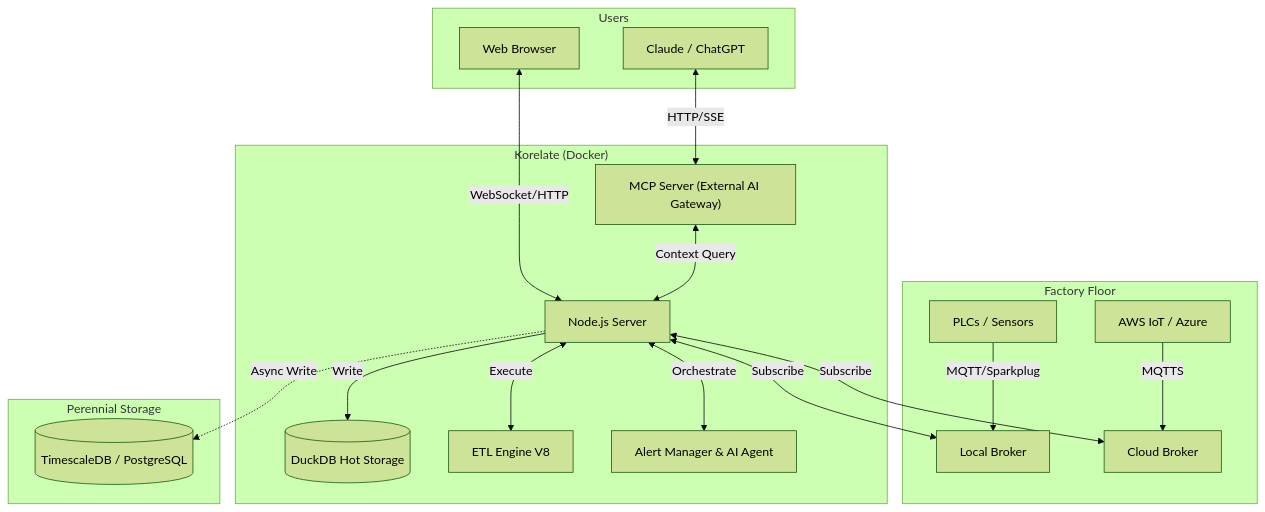
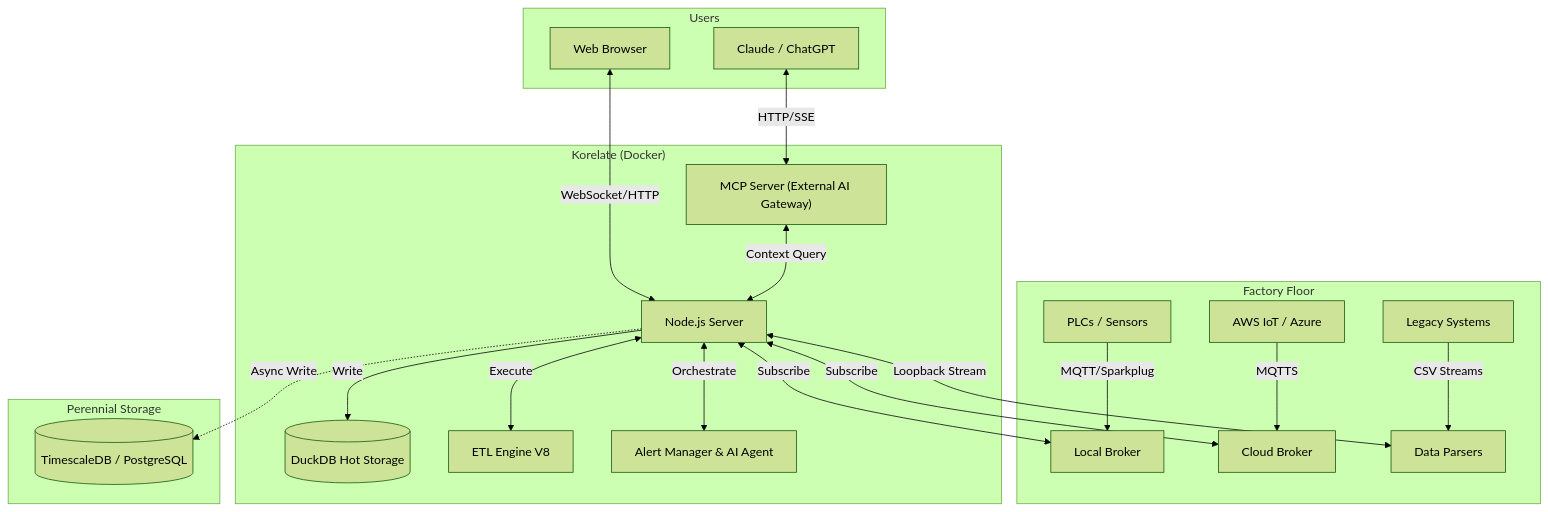
One commit to slalaure/mqtt_uns_viewer changed the diagram in README.md. Above: the diagram before and after it, drawn with Mermaid (forest theme). The commit also changed other lines of this file and 3 other files, not shown here.

````diff
--- a/README.md
+++ b/README.md
@@ -54,33 +54,35 @@
 ```mermaid
 graph TD
     subgraph FactoryFloor ["Factory Floor"]
         PLC["PLCs / Sensors"] -->|MQTT/Sparkplug| Broker1["Local Broker"]
         Cloud["AWS IoT / Azure"] -->|MQTTS| Broker2["Cloud Broker"]
+        CSV["Legacy Systems"] -->|CSV Streams| FileParser["Data Parsers"]
     end
 
     subgraph UNSViewer ["Korelate (Docker)"]
         Backend["Node.js Server"]
         DuckDB[("DuckDB Hot Storage")]
         Mapper["ETL Engine V8"]
         Alerts["Alert Manager & AI Agent"]
         MCP["MCP Server (External AI Gateway)"]
        
         Backend <-->|Subscribe| Broker1
         Backend <-->|Subscribe| Broker2
+        Backend <-->|Loopback Stream| FileParser
         Backend -->|Write| DuckDB
         Backend <-->|Execute| Mapper
         Backend <-->|Orchestrate| Alerts
         MCP <-->|Context Query| Backend
     end
 
     subgraph PerennialStorage ["Perennial Storage"]
         Timescale[("TimescaleDB / PostgreSQL")]
     end
 
     subgraph Users ["Users"]
         Browser["Web Browser"] <-->|WebSocket/HTTP| Backend
         Claude["Claude / ChatGPT"] <-->|HTTP/SSE| MCP
     end
 
     Backend -.->|Async Write| Timescale
 ```
````
